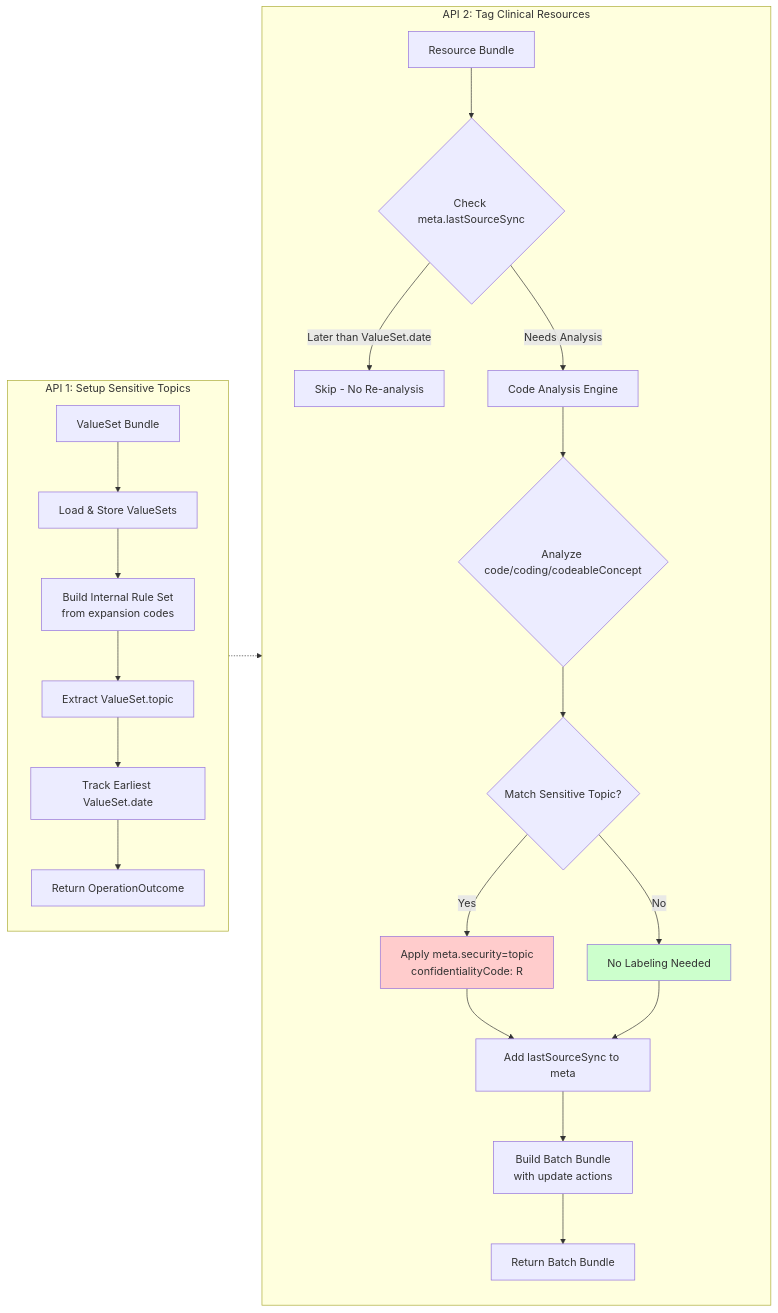
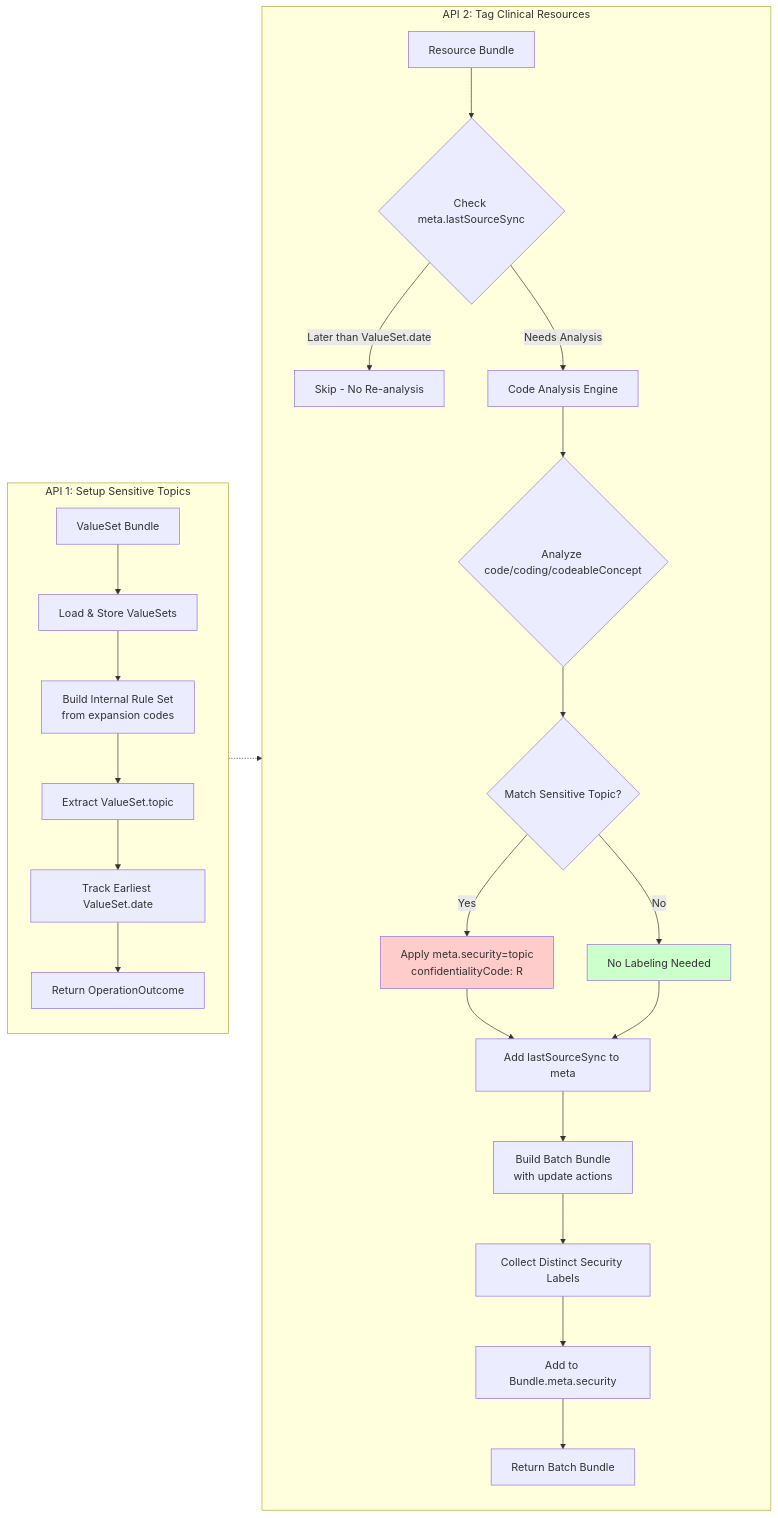
Before and after one commit to SHIFT-Task-Force/sls-ri: the diagram in README.md, drawn with Mermaid. The commit also changed other lines of this file and 1 other file, not shown here.

Commit message:
add bundle high-water marking

````diff
--- a/README.md
+++ b/README.md
@@ -62,32 +64,34 @@
 ```mermaid
 graph LR
   subgraph API1["API 1: Setup Sensitive Topics"]
     A[ValueSet Bundle] --> B[Load & Store ValueSets]
     B --> C[Build Internal Rule Set<br/>from expansion codes]
     C --> D[Extract ValueSet.topic]
     D --> E[Track Earliest ValueSet.date]
     E --> F[Return OperationOutcome]
   end
   
   subgraph API2["API 2: Tag Clinical Resources"]
     G[Resource Bundle] --> H{Check meta.lastSourceSync}
     H -->|Later than ValueSet.date| I[Skip - No Re-analysis]
     H -->|Needs Analysis| J[Code Analysis Engine]
     
     J --> K{Analyze code/coding/codeableConcept}
     K --> L{Match Sensitive Topic?}
     L -->|Yes| M[Apply meta.security=topic<br/>confidentialityCode: R]
     L -->|No| N[No Labeling Needed]
     
     M --> O[Add lastSourceSync to meta]
     N --> O
     
     O --> P[Build Batch Bundle<br/>with update actions]
-    P --> Q[Return Batch Bundle]
+    P --> R[Collect Distinct Security Labels]
+    R --> S[Add to Bundle.meta.security]
+    S --> Q[Return Batch Bundle]
   end
   
   API1 -.-> API2
   
   style M fill:#ffcccc
   style N fill:#ccffcc
   ```
````
